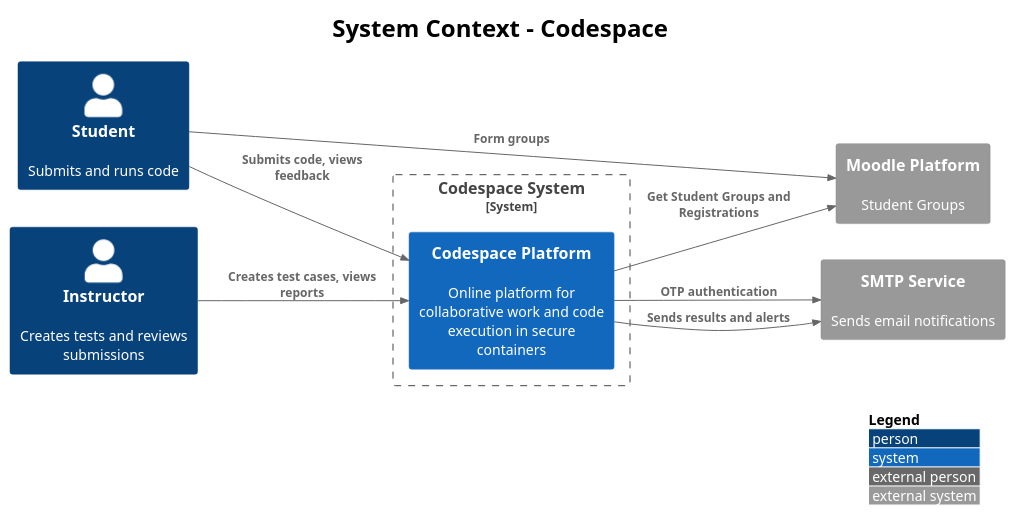
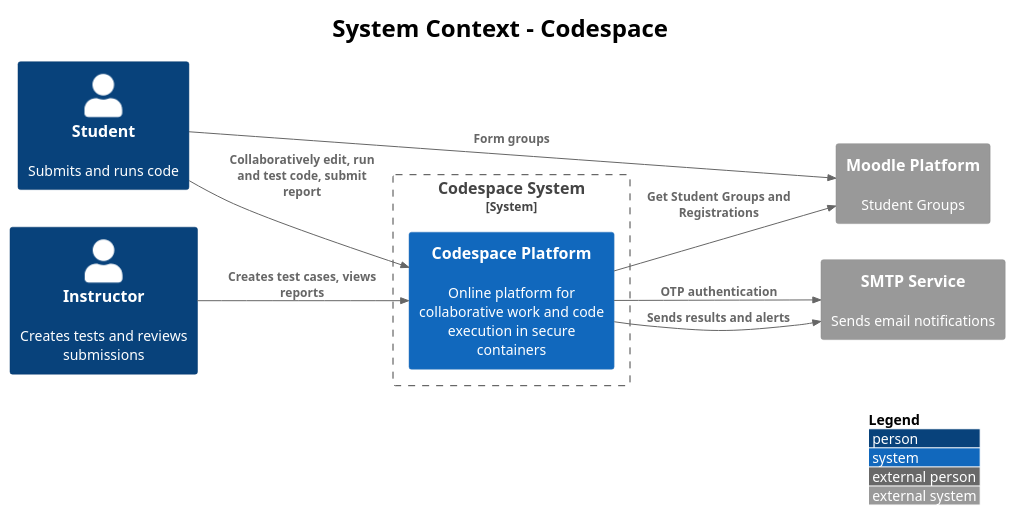
One commit to Hayzenpup/design-playground changed the diagram in codespace/systemContext.puml. Above: the diagram before and after it, drawn with PlantUML. The commit also changed 1 other file, not shown here.

Commit message:
codespace: v1.0

```diff
--- a/codespace/systemContext.puml
+++ b/codespace/systemContext.puml
@@ -1,33 +1,34 @@
 @startuml
 !includeurl https://raw.githubusercontent.com/plantuml-stdlib/C4-PlantUML/master/C4_Context.puml
 
 title System Context - Codespace
 skinparam titleFontSize 24
 
 ' Place this at the top, before elements
 LAYOUT_LEFT_RIGHT()
 
 ' === ACTORS ===
 Person(user, "Student", "Submits and runs code")
 Person(teacher, "Instructor", "Creates tests and reviews submissions")
 
 ' === SYSTEM UNDER DESIGN ===
 System_Boundary(s1, "Codespace System") {
     System(codespace, "Codespace Platform", "Online platform for collaborative work and code execution in secure containers")
+    
 }
 
 ' === EXTERNAL SYSTEMS ===
 System_Ext(email, "SMTP Service", "Sends email notifications")
 System_Ext(moodle, "Moodle Platform", "Student Groups", $link="https://moodle.uni-siegen.de/course/view.php?id=5258")
 
 ' === RELATIONSHIPS ===
-Rel(user, codespace, "Submits code, views feedback")
+Rel(user, codespace, "Collaboratively edit, run and test code, submit report")
 Rel(teacher, codespace, "Creates test cases, views reports")
 Rel(codespace, email, "OTP authentication")
 Rel(codespace, email, "Sends results and alerts")
 
 Rel(user, moodle, "Form groups")
 Rel(codespace, moodle, "Get Student Groups and Registrations")
 
 LAYOUT_WITH_LEGEND()
 @enduml
```
